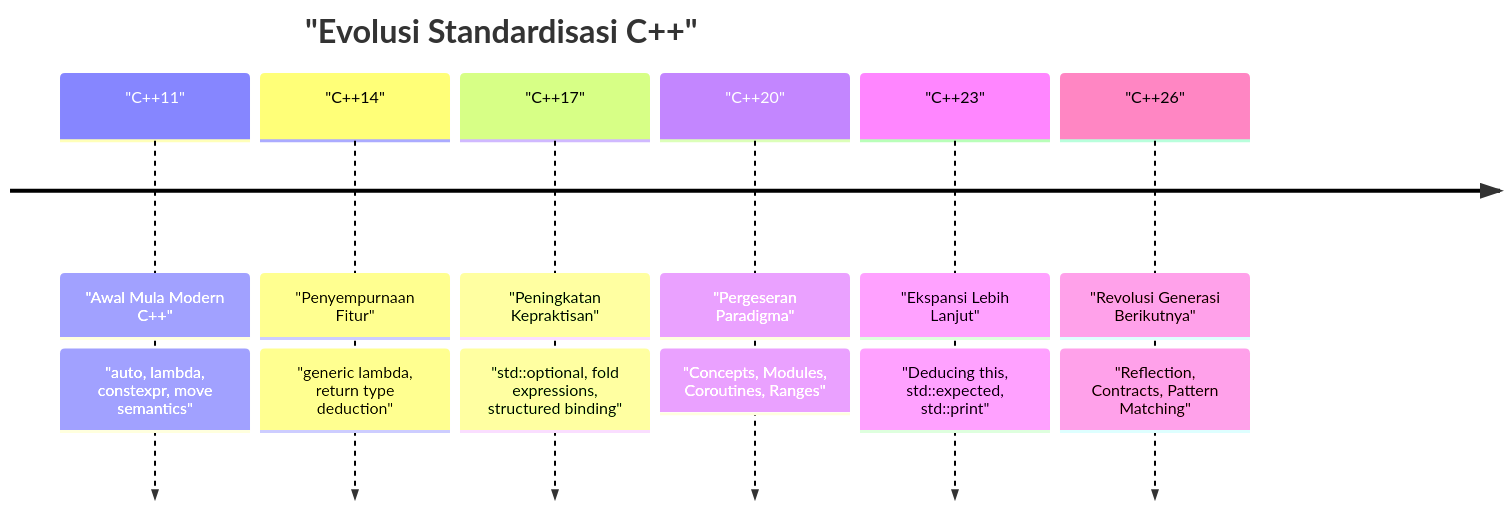
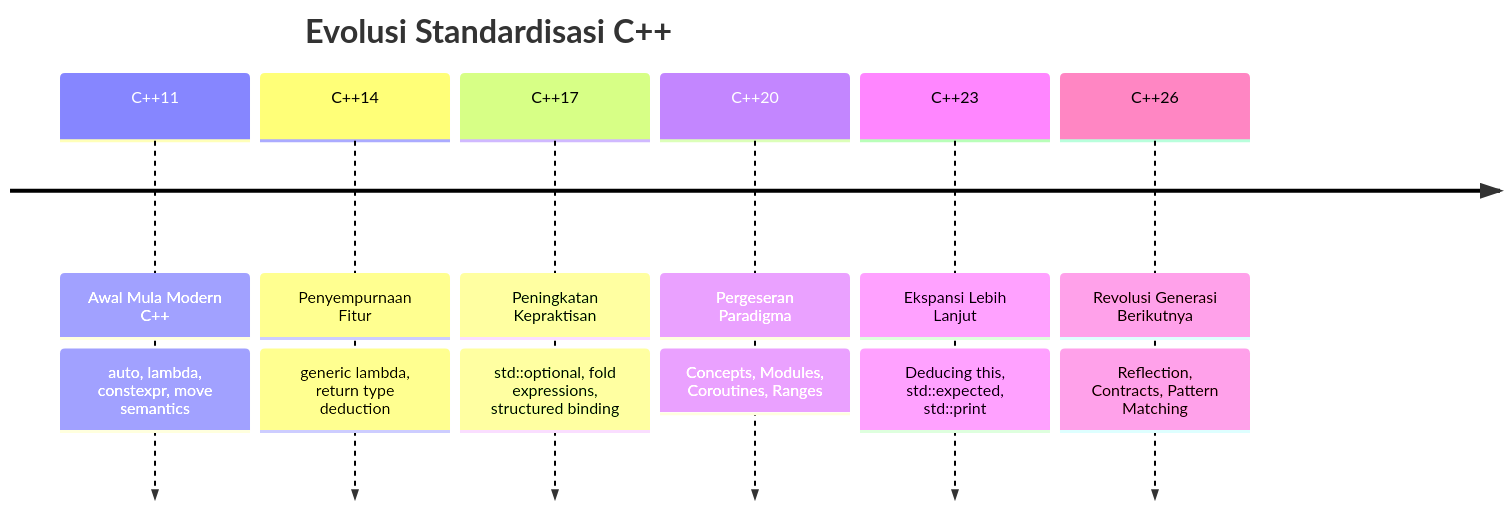
One commit to kenjinote/blog changed the first of 4 diagrams in content/post/cpp26新機能/index.id.md. Above: the diagram before and after it, drawn with Mermaid. The commit also changed other lines of this file and 703 other files, not shown here.

Commit message:
Fix: Remove quotes from Mermaid link texts and timeline definitions to support Mermaid 11.4.1

````diff
--- a/content/post/cpp26新機能/index.id.md
+++ b/content/post/cpp26新機能/index.id.md
@@ -20,10 +20,10 @@
 ```mermaid
 timeline
-    title "Evolusi Standardisasi C++"
-    "C++11" : "Awal Mula Modern C++" : "auto, lambda, constexpr, move semantics"
-    "C++14" : "Penyempurnaan Fitur" : "generic lambda, return type deduction"
-    "C++17" : "Peningkatan Kepraktisan" : "std::optional, fold expressions, structured binding"
-    "C++20" : "Pergeseran Paradigma" : "Concepts, Modules, Coroutines, Ranges"
-    "C++23" : "Ekspansi Lebih Lanjut" : "Deducing this, std::expected, std::print"
-    "C++26" : "Revolusi Generasi Berikutnya" : "Reflection, Contracts, Pattern Matching"
+    title Evolusi Standardisasi C++
+    C++11 : Awal Mula Modern C++ : auto, lambda, constexpr, move semantics
+    C++14 : Penyempurnaan Fitur : generic lambda, return type deduction
+    C++17 : Peningkatan Kepraktisan : std::optional, fold expressions, structured binding
+    C++20 : Pergeseran Paradigma : Concepts, Modules, Coroutines, Ranges
+    C++23 : Ekspansi Lebih Lanjut : Deducing this, std::expected, std::print
+    C++26 : Revolusi Generasi Berikutnya : Reflection, Contracts, Pattern Matching
 ```
````
